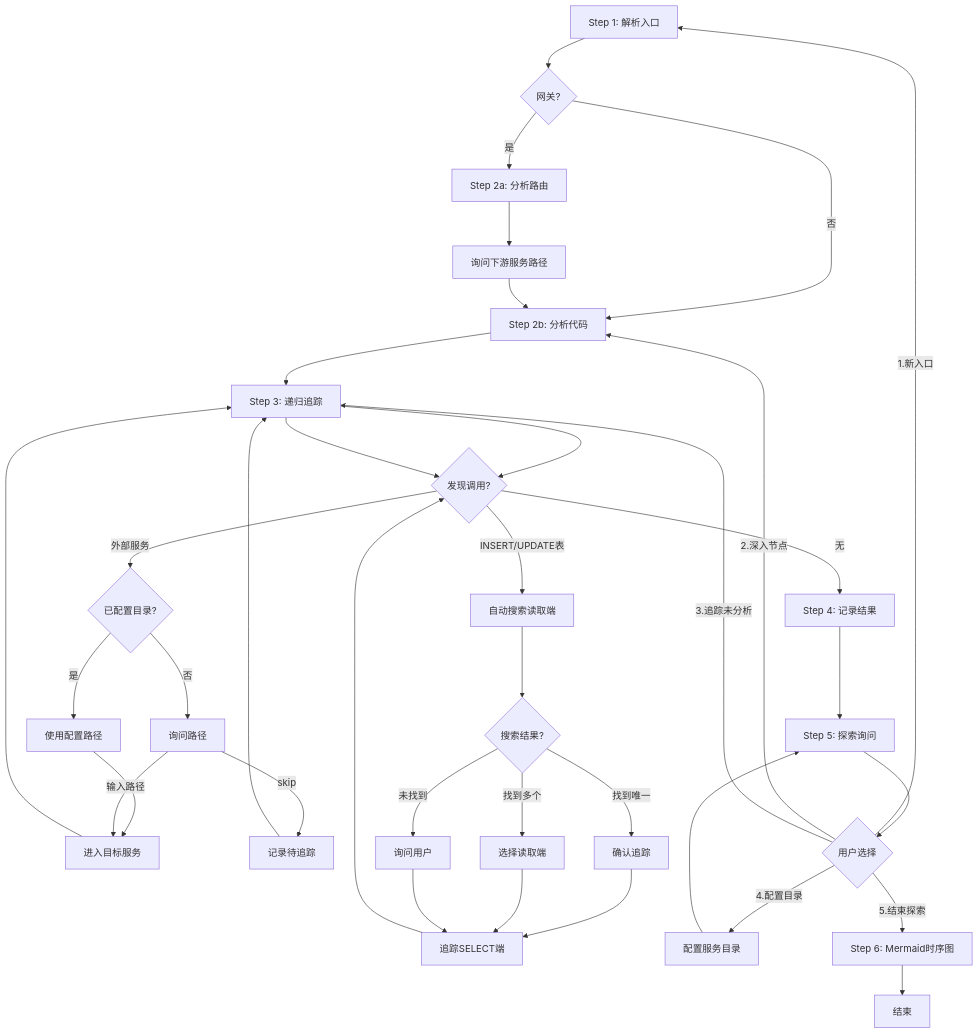
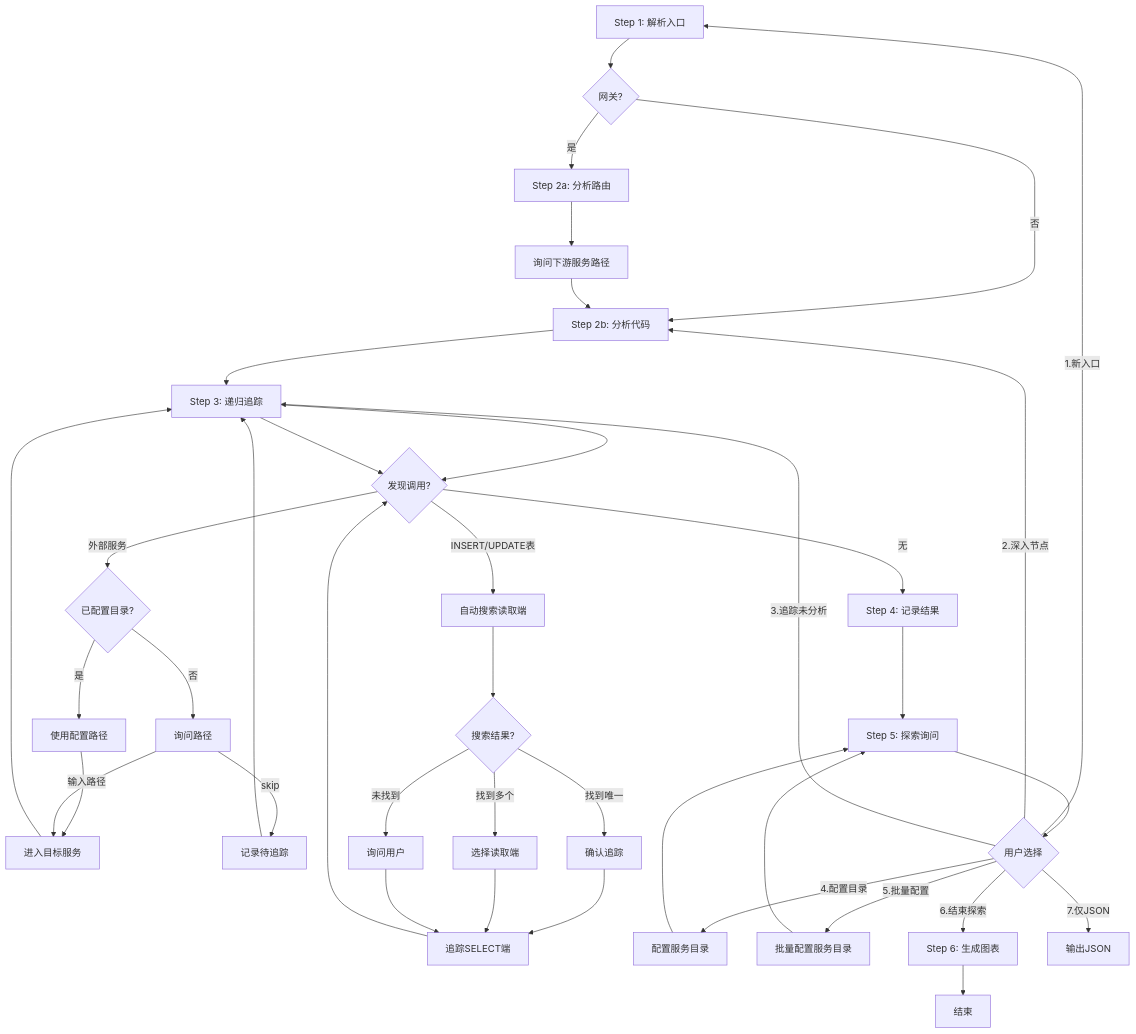
Before and after one commit to yves960/flow-trace: the first of 3 diagrams in SKILL.md, drawn with Mermaid. The commit also changed other lines of this file, not shown here.

First line of the commit message:
feat: 改进探索询问机制和图表格式选项

````diff
--- a/SKILL.md
+++ b/SKILL.md
@@ -64,45 +69,48 @@
 ```mermaid
 flowchart TB
     Step1[Step 1: 解析入口] --> Step2{网关?}
     Step2 -->|是| GW[Step 2a: 分析路由]
     Step2 -->|否| Service[Step 2b: 分析代码]
     GW --> Ask[询问下游服务路径]
     Ask --> Service
     
     Service --> Step3[Step 3: 递归追踪]
     Step3 --> FoundCall{发现调用?}
     
     FoundCall -->|外部服务| CheckConfig{已配置目录?}
     CheckConfig -->|是| UseConfig[使用配置路径]
     CheckConfig -->|否| AskPath[询问路径]
     UseConfig --> Step3b[进入目标服务]
     AskPath -->|输入路径| Step3b
     AskPath -->|skip| Record[记录待追踪]
     
     FoundCall -->|INSERT/UPDATE表| AutoSearch[自动搜索读取端]
     AutoSearch --> SearchResult{搜索结果?}
     SearchResult -->|找到唯一| Confirm[确认追踪]
     SearchResult -->|找到多个| SelectOne[选择读取端]
     SearchResult -->|未找到| AskReader[询问用户]
     Confirm --> Step3c[追踪SELECT端]
     SelectOne --> Step3c
     AskReader --> Step3c
     Step3c --> FoundCall
     
     FoundCall -->|无| Step4[Step 4: 记录结果]
     Step3b --> Step3
     Record --> Step3
     Step3 --> FoundCall
     
     Step4 --> Step5[Step 5: 探索询问]
     
     Step5 --> Choice{用户选择}
     Choice -->|1.新入口| Step1
     Choice -->|2.深入节点| Service
     Choice -->|3.追踪未分析| Step3
     Choice -->|4.配置目录| Config[配置服务目录]
     Config --> Step5
-    Choice -->|5.结束探索| Step6[Step 6: Mermaid时序图]
+    Choice -->|5.批量配置| BatchConfig[批量配置服务目录]
+    BatchConfig --> Step5
+    Choice -->|6.结束探索| Step6[Step 6: 生成图表]
+    Choice -->|7.仅JSON| JSONOnly[输出JSON]
     
     Step6 --> End[结束]
 ```
````
